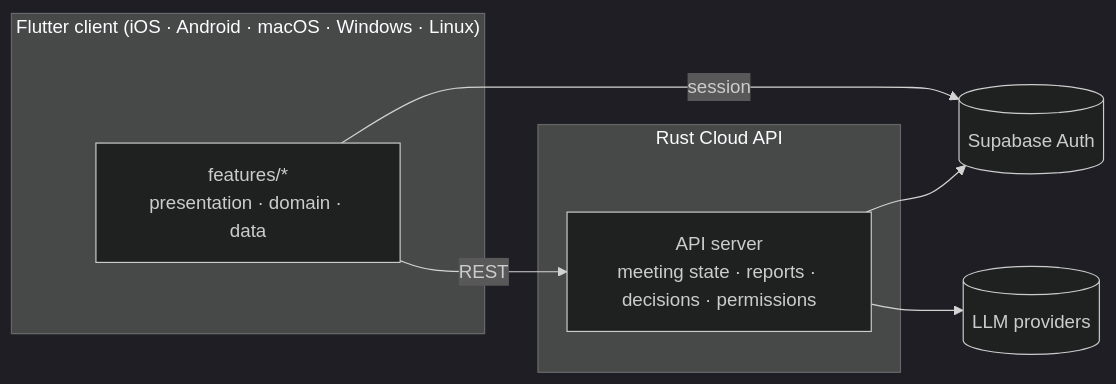
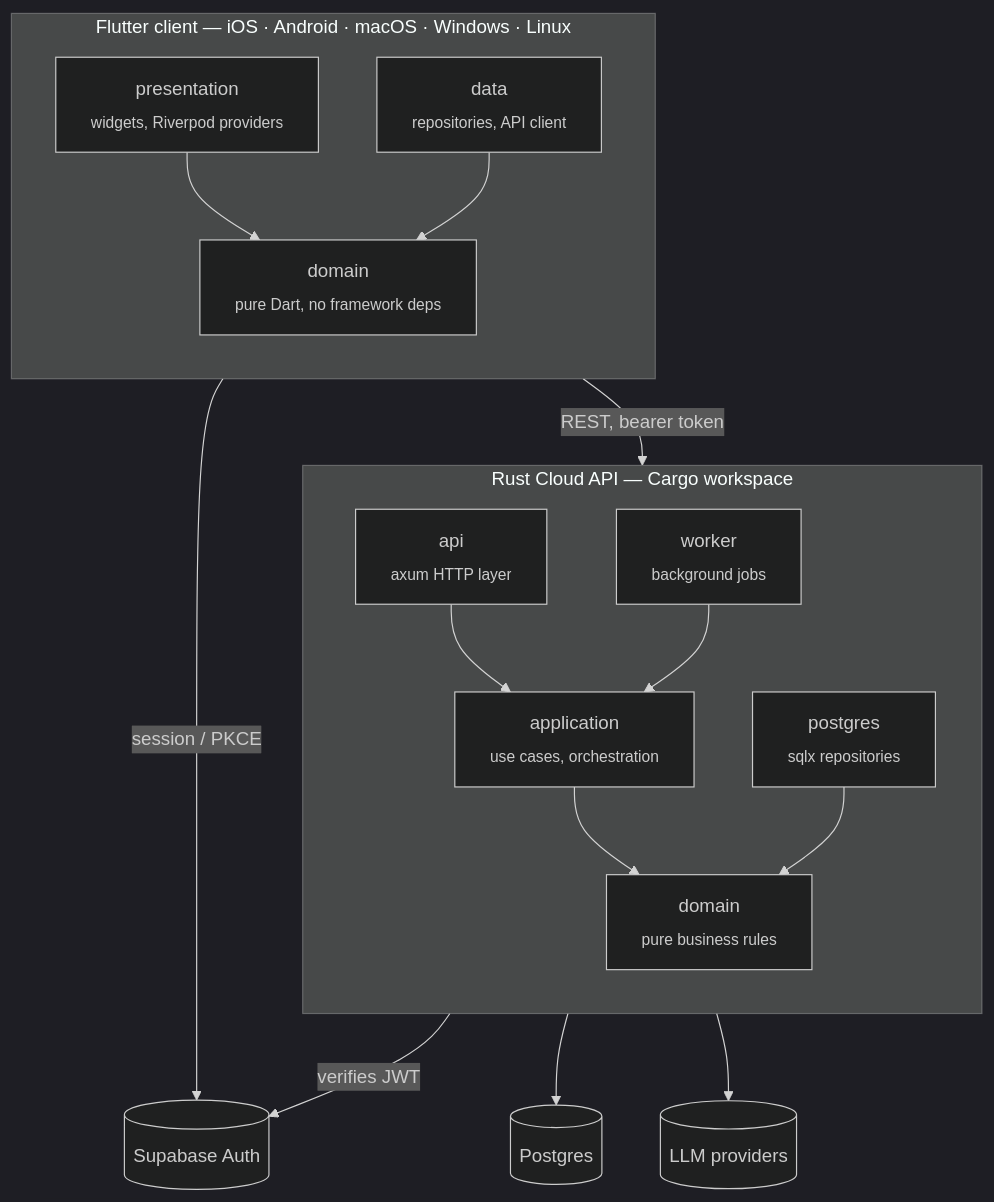
Before and after one commit to Solomon-Platform/.github: the second of 2 diagrams in profile/README.md, drawn with Mermaid (dark theme). The commit also changed other lines of this file, not shown here.

Commit message:
docs: expand org profile README with server architecture, features, stack

````diff
--- a/profile/README.md
+++ b/profile/README.md
@@ -9,18 +28,33 @@
 ```mermaid
-flowchart LR
-    subgraph Client["Flutter client (iOS · Android · macOS · Windows · Linux)"]
-        ui["features/*<br/>presentation · domain · data"]
+flowchart TB
+    subgraph Client["Flutter client — iOS · Android · macOS · Windows · Linux"]
+        direction TB
+        cpres["presentation<br/><sub>widgets, Riverpod providers</sub>"]
+        cdomain["domain<br/><sub>pure Dart, no framework deps</sub>"]
+        cdata["data<br/><sub>repositories, API client</sub>"]
+        cpres --> cdomain
+        cdata --> cdomain
     end
 
-    subgraph Cloud["Rust Cloud API"]
-        api["API server<br/>meeting state · reports · decisions · permissions"]
+    subgraph Server["Rust Cloud API — Cargo workspace"]
+        direction TB
+        api["api<br/><sub>axum HTTP layer</sub>"]
+        app["application<br/><sub>use cases, orchestration</sub>"]
+        domain["domain<br/><sub>pure business rules</sub>"]
+        pg["postgres<br/><sub>sqlx repositories</sub>"]
+        worker["worker<br/><sub>background jobs</sub>"]
+        api --> app --> domain
+        pg --> domain
+        worker --> app
     end
 
     auth[("Supabase Auth")]
+    db[("Postgres")]
     llm[("LLM providers")]
 
-    ui -->|REST| api
-    ui -->|session| auth
-    api --> auth
-    api --> llm
+    cdata -->|REST, bearer token| api
+    cdata -->|session / PKCE| auth
+    api -->|verifies JWT| auth
+    pg --> db
+    app --> llm
 ```
````
